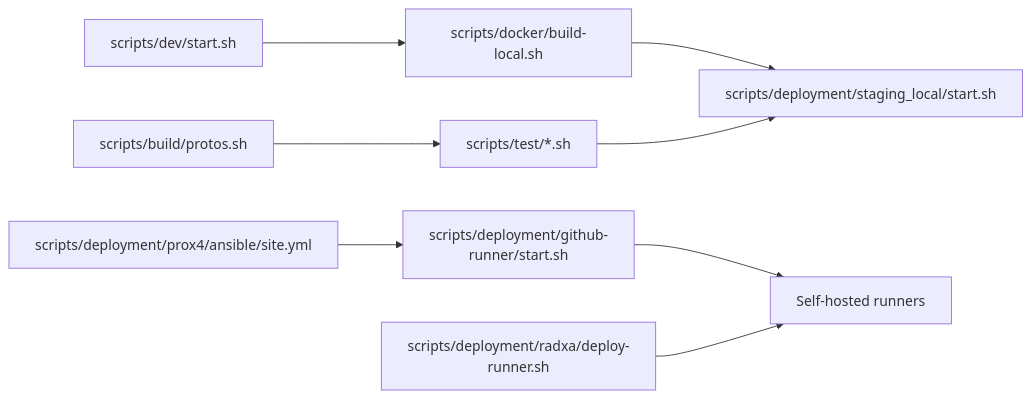
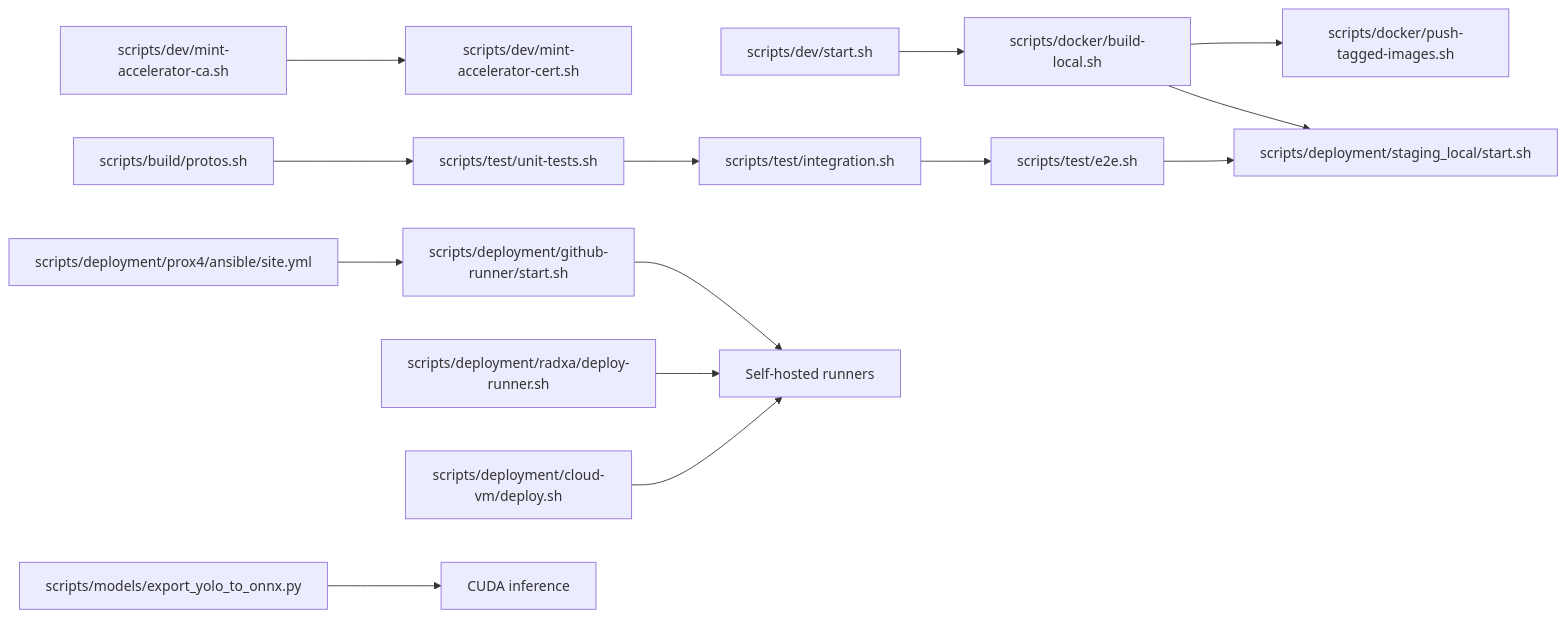
One commit to josnelihurt/learning-cuda changed the diagram in scripts/README.md. Above: the diagram before and after it, drawn with Mermaid. The commit also changed other lines of this file and 7 other files, not shown here.

````diff
--- a/scripts/README.md
+++ b/scripts/README.md
@@ -21,19 +22,32 @@
 ```mermaid
 flowchart LR
     DevStart[scripts/dev/start.sh]
+    DevMintCA[scripts/dev/mint-accelerator-ca.sh]
+    DevMintCert[scripts/dev/mint-accelerator-cert.sh]
     BuildProtos[scripts/build/protos.sh]
     DockerLocal[scripts/docker/build-local.sh]
-    Tests[scripts/test/*.sh]
+    DockerPush[scripts/docker/push-tagged-images.sh]
+    UnitTests[scripts/test/unit-tests.sh]
+    Integration[scripts/test/integration.sh]
+    E2E[scripts/test/e2e.sh]
     Staging[scripts/deployment/staging_local/start.sh]
     Runners[scripts/deployment/github-runner/start.sh]
     Radxa[scripts/deployment/radxa/deploy-runner.sh]
+    CloudVM[scripts/deployment/cloud-vm/deploy.sh]
     Prox4[scripts/deployment/prox4/ansible/site.yml]
+    ExportModel[scripts/models/export_yolo_to_onnx.py]
 
+    DevMintCA --> DevMintCert
     DevStart --> DockerLocal
-    BuildProtos --> Tests
+    BuildProtos --> UnitTests
+    DockerLocal --> DockerPush
     DockerLocal --> Staging
-    Tests --> Staging
+    UnitTests --> Integration
+    Integration --> E2E
+    E2E --> Staging
     Runners --> CI[Self-hosted runners]
     Prox4 --> Runners
     Radxa --> CI
+    CloudVM --> CI
+    ExportModel --> CudaKernels[CUDA inference]
 ```
````
